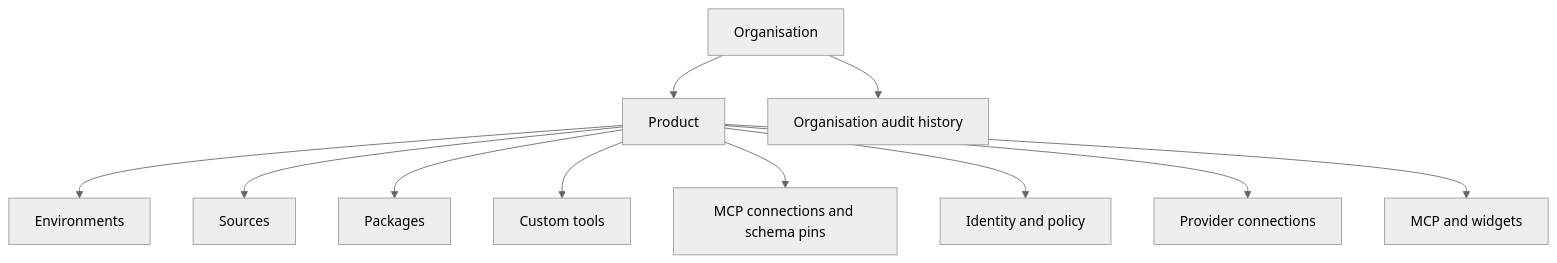
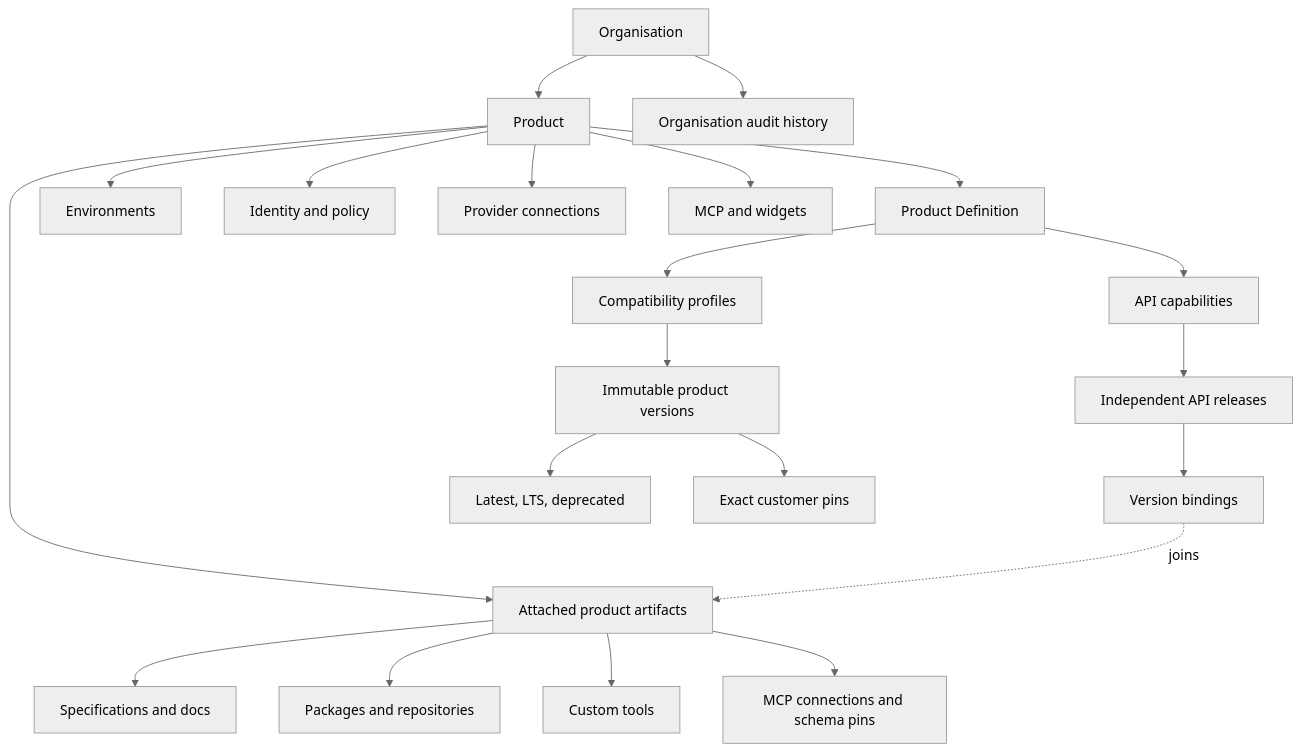
One commit to Dokosoko-AI/dokosoko-docs changed the second of 2 diagrams in src/content/docs/concepts/architecture.md. Above: the diagram before and after it, drawn with Mermaid (neutral theme). The commit also changed other lines of this file and 10 other files, not shown here.

Commit message:
Latest docs on MCP product

````diff
--- a/src/content/docs/concepts/architecture.md
+++ b/src/content/docs/concepts/architecture.md
@@ -49,13 +49,23 @@
 ```mermaid
 flowchart TD
     Org[Organisation] --> Product[Product]
+    Product --> Definition[Product Definition]
+    Definition --> Capability[API capabilities]
+    Capability --> Release[Independent API releases]
+    Release --> Bindings[Version bindings]
+    Definition --> Profiles[Compatibility profiles]
+    Profiles --> ProductVersion[Immutable product versions]
+    ProductVersion --> Channels[Latest, LTS, deprecated]
+    ProductVersion --> Pins[Exact customer pins]
+    Product --> Attached[Attached product artifacts]
+    Attached --> Sources[Specifications and docs]
+    Attached --> Packages[Packages and repositories]
+    Attached --> Tools[Custom tools]
+    Attached --> MCPConnections[MCP connections and schema pins]
+    Bindings -. joins .-> Attached
     Product --> Env[Environments]
-    Product --> Sources[Sources]
-    Product --> Packages[Packages]
-    Product --> Tools[Custom tools]
-    Product --> MCPConnections[MCP connections and schema pins]
     Product --> Identity[Identity and policy]
     Product --> Provider[Provider connections]
     Product --> Distribution[MCP and widgets]
     Org --> Audit[Organisation audit history]
 ```
````
